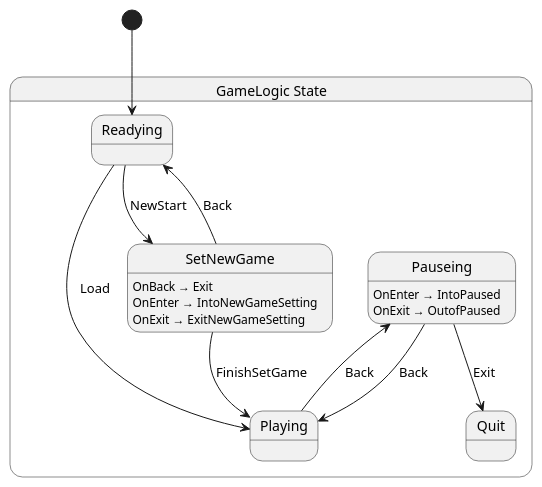
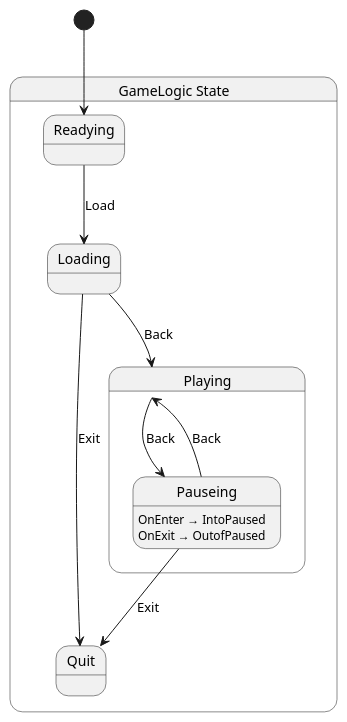
One commit to L-Bromine/Nanomachine changed the diagram in src/game/state/GameLogic.g.puml. Above: the diagram before and after it, drawn with PlantUML. The commit also changed 12 other files, not shown here.

First line of the commit message:
Refactor game state transitions and add Loading state

```diff
--- a/src/game/state/GameLogic.g.puml
+++ b/src/game/state/GameLogic.g.puml
@@ -1,25 +1,22 @@
 @startuml GameLogic
 state "GameLogic State" as Nanomachine_GameLogic_State {
-  state "Pauseing" as Nanomachine_GameLogic_State_Pauseing
-  state "Playing" as Nanomachine_GameLogic_State_Playing
+  state "Loading" as Nanomachine_GameLogic_State_Loading
+  state "Playing" as Nanomachine_GameLogic_State_Playing {
+    state "Pauseing" as Nanomachine_GameLogic_State_Pauseing
+  }
   state "Quit" as Nanomachine_GameLogic_State_Quit
   state "Readying" as Nanomachine_GameLogic_State_Readying
-  state "SetNewGame" as Nanomachine_GameLogic_State_SetNewGame
 }
 
+Nanomachine_GameLogic_State_Loading --> Nanomachine_GameLogic_State_Playing : Back
+Nanomachine_GameLogic_State_Loading --> Nanomachine_GameLogic_State_Quit : Exit
 Nanomachine_GameLogic_State_Pauseing --> Nanomachine_GameLogic_State_Playing : Back
 Nanomachine_GameLogic_State_Pauseing --> Nanomachine_GameLogic_State_Quit : Exit
 Nanomachine_GameLogic_State_Playing --> Nanomachine_GameLogic_State_Pauseing : Back
-Nanomachine_GameLogic_State_Readying --> Nanomachine_GameLogic_State_Playing : Load
-Nanomachine_GameLogic_State_Readying --> Nanomachine_GameLogic_State_SetNewGame : NewStart
-Nanomachine_GameLogic_State_SetNewGame --> Nanomachine_GameLogic_State_Playing : FinishSetGame
-Nanomachine_GameLogic_State_SetNewGame --> Nanomachine_GameLogic_State_Readying : Back
+Nanomachine_GameLogic_State_Readying --> Nanomachine_GameLogic_State_Loading : Load
 
 Nanomachine_GameLogic_State_Pauseing : OnEnter → IntoPaused
 Nanomachine_GameLogic_State_Pauseing : OnExit → OutofPaused
-Nanomachine_GameLogic_State_SetNewGame : OnBack → Exit
-Nanomachine_GameLogic_State_SetNewGame : OnEnter → IntoNewGameSetting
-Nanomachine_GameLogic_State_SetNewGame : OnExit → ExitNewGameSetting
 
 [*] --> Nanomachine_GameLogic_State_Readying
 @enduml
```
